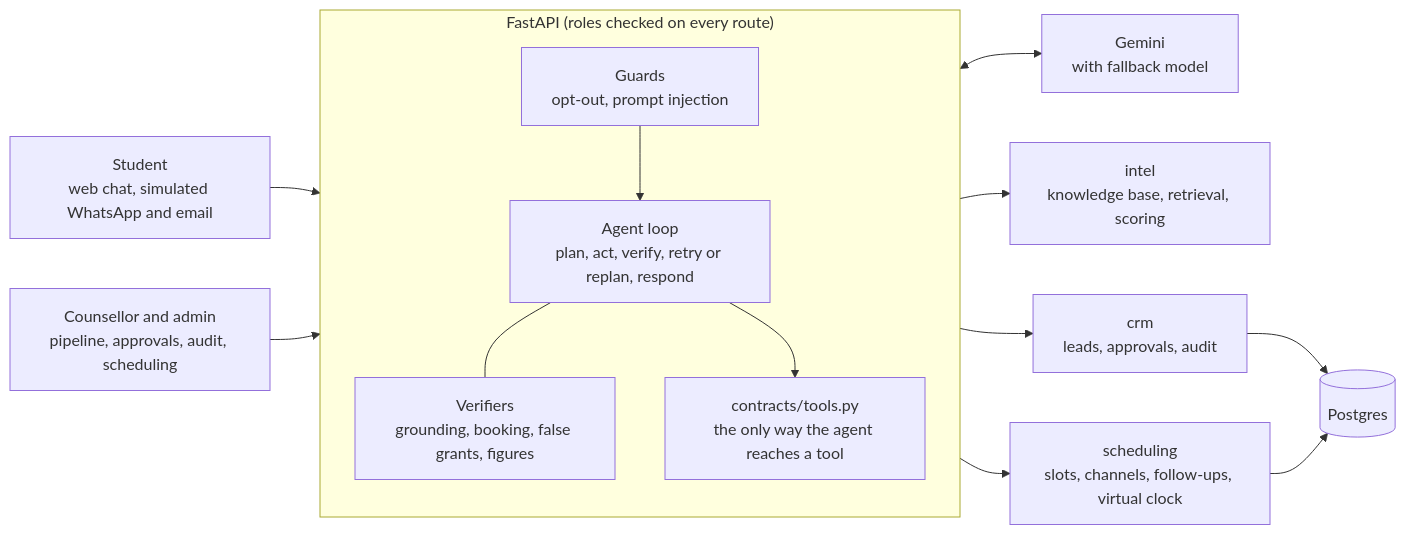
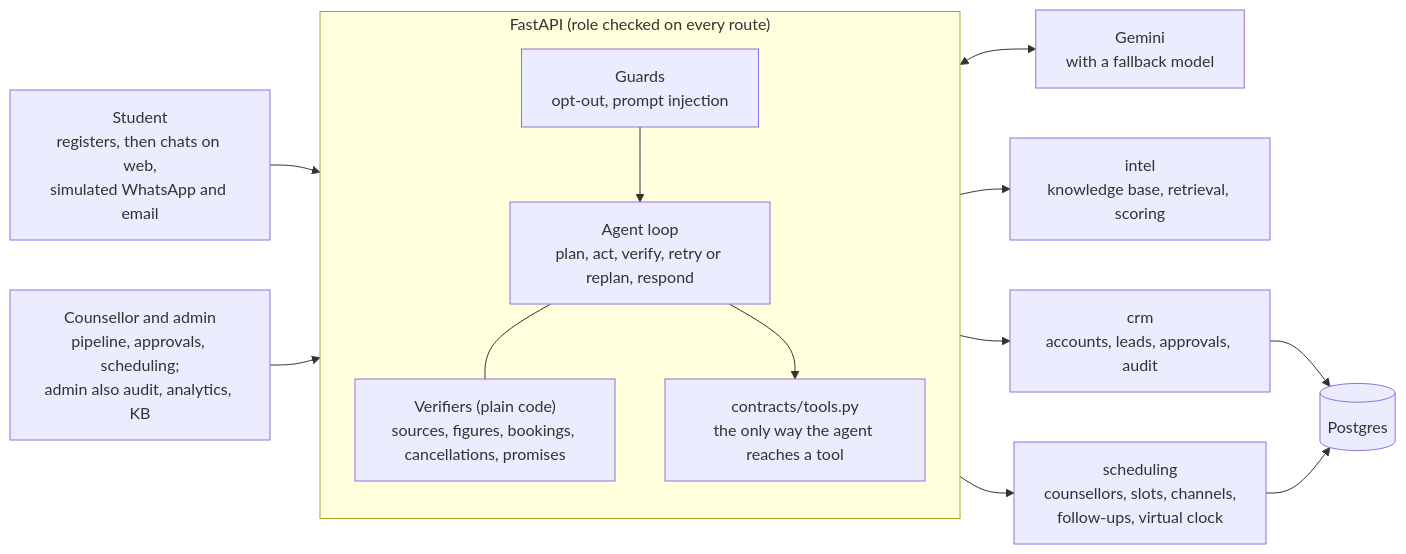
The diagram in README.md (RohitTak06/new-agent), drawn with Mermaid before and after one commit. The commit also changed other lines of this file and 1 other file, not shown here.

````diff
--- a/README.md
+++ b/README.md
@@ -56,21 +134,21 @@
 ```mermaid
 flowchart LR
-    S["Student<br/>web chat, simulated WhatsApp and email"] --> API
-    C["Counsellor and admin<br/>pipeline, approvals, audit, scheduling"] --> API
-    subgraph API["FastAPI (roles checked on every route)"]
+    S["Student<br/>registers, then chats on web,<br/>simulated WhatsApp and email"] --> API
+    C["Counsellor and admin<br/>pipeline, approvals, scheduling;<br/>admin also audit, analytics, KB"] --> API
+    subgraph API["FastAPI (role checked on every route)"]
         direction TB
         A["Agent loop<br/>plan, act, verify, retry or replan, respond"]
-        V["Verifiers<br/>grounding, booking, false grants, figures"]
+        V["Verifiers (plain code)<br/>sources, figures, bookings, cancellations, promises"]
         G["Guards<br/>opt-out, prompt injection"]
         T["contracts/tools.py<br/>the only way the agent reaches a tool"]
         A --- V
         G --> A
         A --> T
     end
-    A <--> L["Gemini<br/>with fallback model"]
+    A <--> L["Gemini<br/>with a fallback model"]
     T --> I["intel<br/>knowledge base, retrieval, scoring"]
-    T --> R["crm<br/>leads, approvals, audit"]
-    T --> H["scheduling<br/>slots, channels, follow-ups, virtual clock"]
+    T --> R["crm<br/>accounts, leads, approvals, audit"]
+    T --> H["scheduling<br/>counsellors, slots, channels,<br/>follow-ups, virtual clock"]
     R --> P[("Postgres")]
     H --> P
 ```
````
